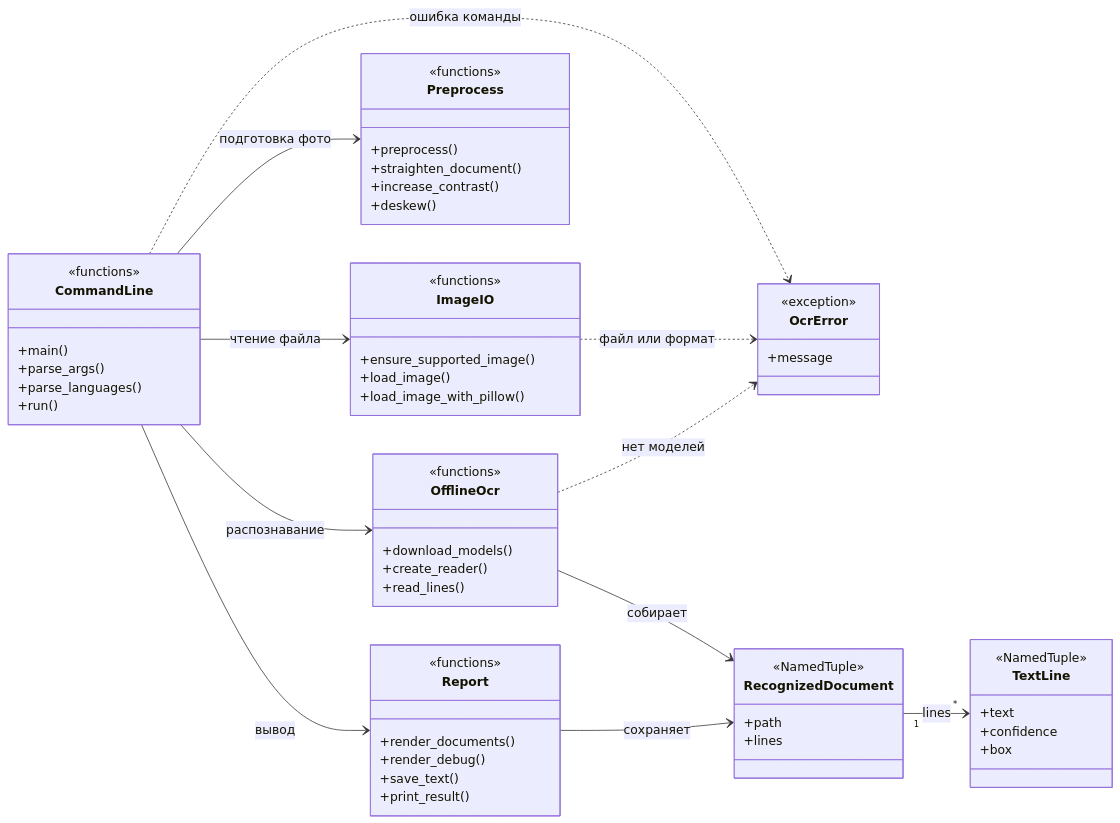
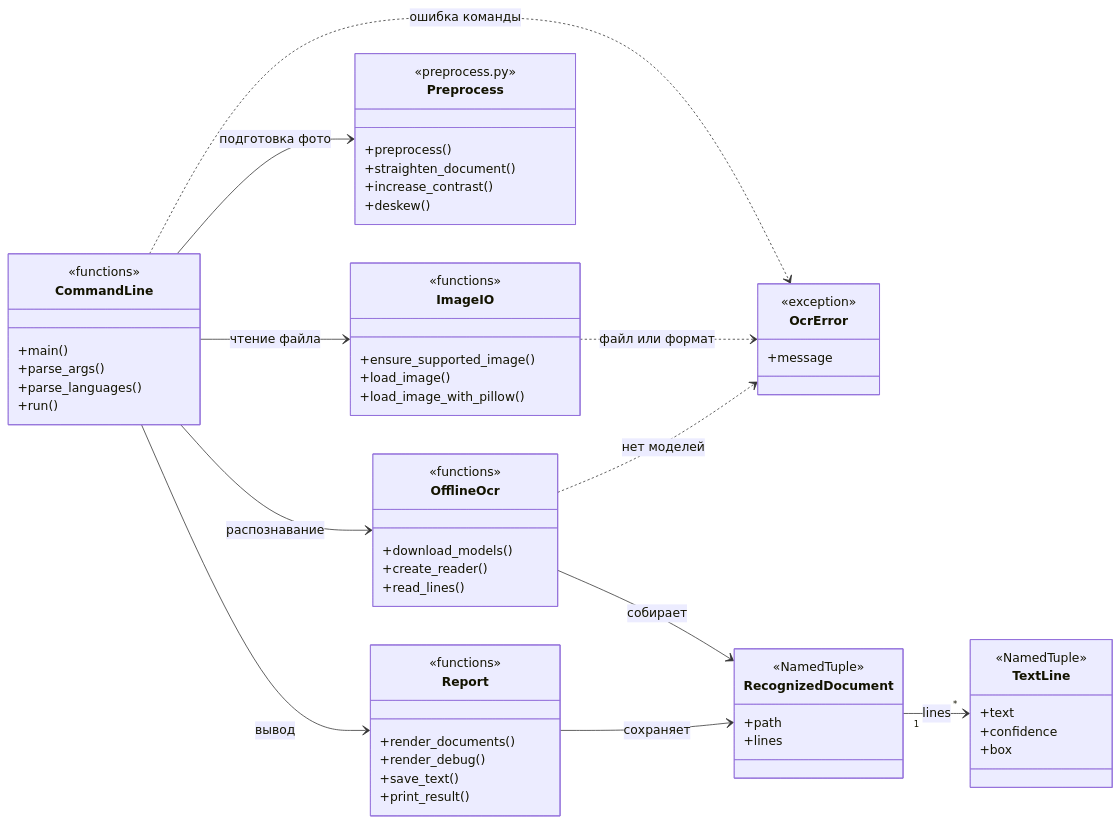
Before and after one commit to ursusandwolf/doc-photo-ocr: the first of 3 diagrams in README.md, drawn with Mermaid. The commit also changed other lines of this file and 3 other files, not shown here.

````diff
--- a/README.md
+++ b/README.md
@@ -50,71 +50,71 @@
 ```mermaid
 classDiagram
     direction LR
 
     class OcrError {
         <<exception>>
         +message
     }
 
     class TextLine {
         <<NamedTuple>>
         +text
         +confidence
         +box
     }
 
     class RecognizedDocument {
         <<NamedTuple>>
         +path
         +lines
     }
 
     class CommandLine {
         <<functions>>
         +main()
         +parse_args()
         +parse_languages()
         +run()
     }
 
     class ImageIO {
         <<functions>>
         +ensure_supported_image()
         +load_image()
         +load_image_with_pillow()
     }
 
     class Preprocess {
-        <<functions>>
+        <<preprocess.py>>
         +preprocess()
         +straighten_document()
         +increase_contrast()
         +deskew()
     }
 
     class OfflineOcr {
         <<functions>>
         +download_models()
         +create_reader()
         +read_lines()
     }
 
     class Report {
         <<functions>>
         +render_documents()
         +render_debug()
         +save_text()
         +print_result()
     }
 
     RecognizedDocument "1" --> "*" TextLine : lines
     CommandLine --> ImageIO : чтение файла
     CommandLine --> Preprocess : подготовка фото
     CommandLine --> OfflineOcr : распознавание
     CommandLine --> Report : вывод
     OfflineOcr --> RecognizedDocument : собирает
     Report --> RecognizedDocument : сохраняет
     CommandLine ..> OcrError : ошибка команды
     ImageIO ..> OcrError : файл или формат
     OfflineOcr ..> OcrError : нет моделей
 ```
````
